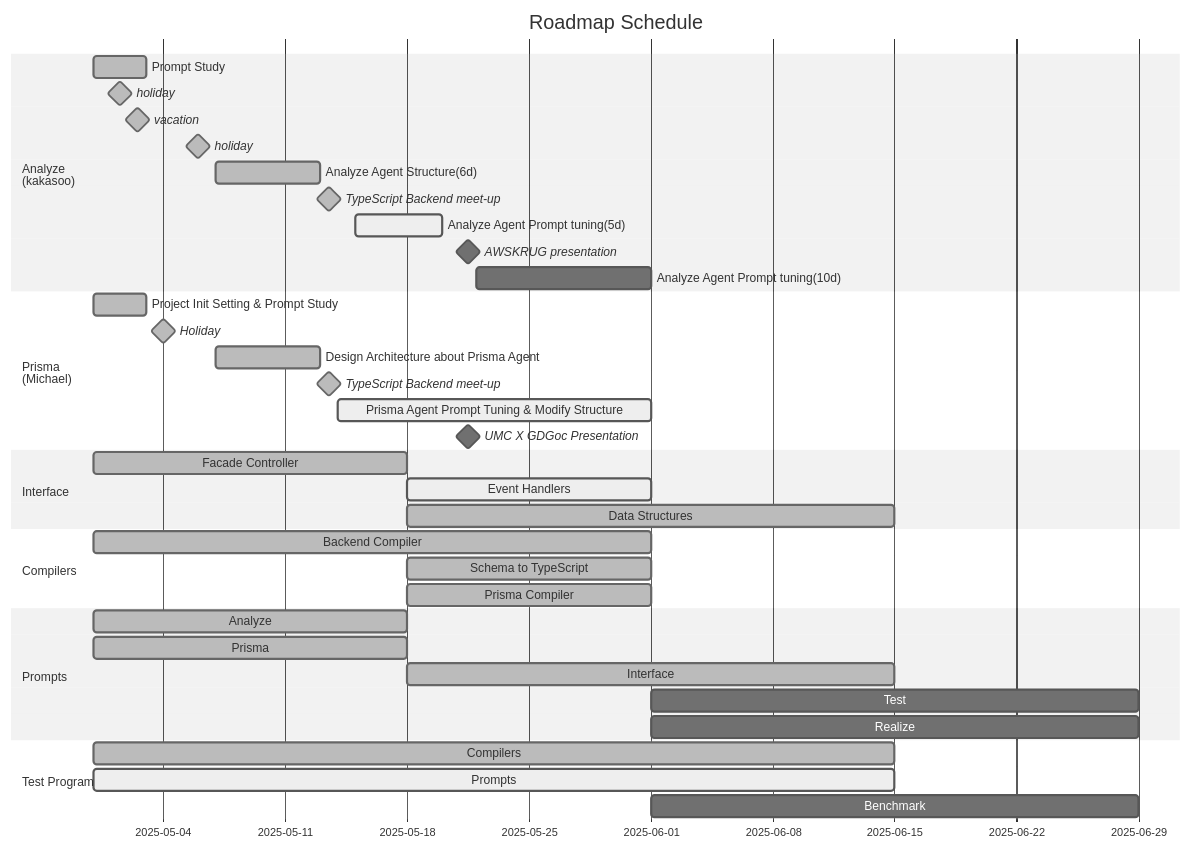
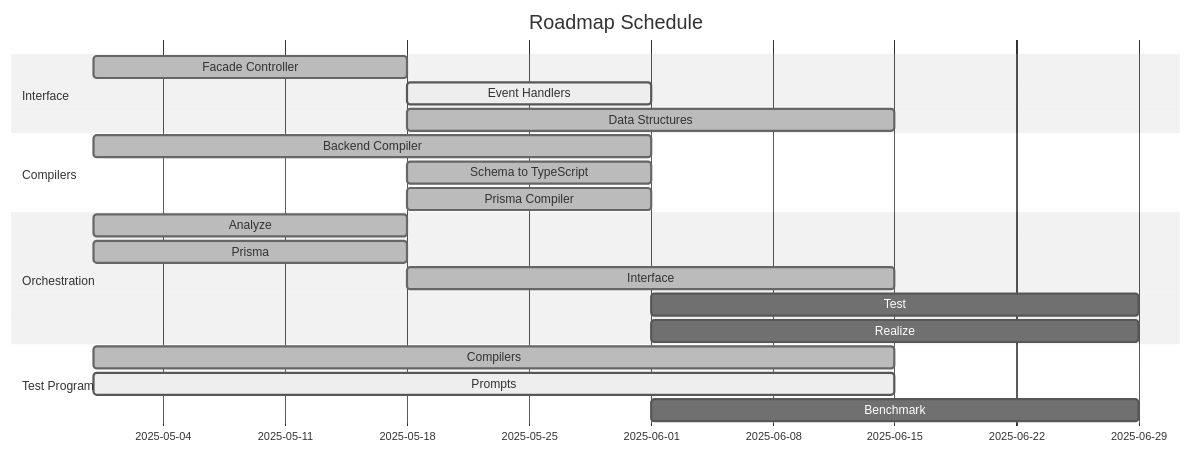
Before and after one commit to wrtnlabs/autobe: the third of 3 diagrams in README.md, drawn with Mermaid (neutral theme).

Commit message:
Detailing on gantt chart

````diff
--- a/README.md
+++ b/README.md
@@ -406,47 +406,27 @@
 ```mermaid
 gantt
   dateFormat YYYY-MM-DD
   title Roadmap Schedule
 
-  section Analyze<br>(kakasoo)
-  Prompt Study: done, 2025-04-30, 3d
-  holiday: milestone, done, 2025-05-01, 1d
-  vacation: milestone, done, 2025-05-02, 1d
-  holiday: milestone, done, 2025-05-05, 2d
-  Analyze Agent Structure(6d): done, 2025-05-07, 6d
-  TypeScript Backend meet-up: milestone, done, 2025-05-13, 1d
-  Analyze Agent Prompt tuning(5d): active, 2025-05-15, 5d
-  AWSKRUG presentation: milestone, 2025-05-21, 1d
-  Analyze Agent Prompt tuning(10d):, 2025-05-22, 10d
-
-  section Prisma<br>(Michael)
-  Project Init Setting & Prompt Study: done, 2025-04-30, 3d
-  Holiday: milestone, done, 2025-05-01, 6d
-  Design Architecture about Prisma Agent: done, 2025-05-07, 6d
-  TypeScript Backend meet-up: milestone, done, 2025-05-13, 1d
-  Prisma Agent Prompt Tuning & Modify Structure: active, 2025-05-14, 18d
-  UMC X GDGoc Presentation: milestone, 2025-05-21, 1d
-
-  
   section Interface
   Facade Controller: done,   2025-04-30, 18d
   Event Handlers:    active, 2025-05-18, 14d
   Data Structures:   done,   2025-05-18, 28d
 
   section Compilers
   Backend Compiler:     done, 2025-04-30, 32d
   Schema to TypeScript: done, 2025-05-18, 14d
   Prisma Compiler:      done, 2025-05-18, 14d
 
-  section Prompts
-  Analyze  : done, 2025-04-30, 18d
-  Prisma   : done, 2025-04-30, 18d
-  Interface: done, 2025-05-18, 28d
-  Test     :       2025-06-01, 28d
-  Realize  :       2025-06-01, 28d
+  section Orchestration
+  Analyze  : done,    2025-04-30, 18d
+  Prisma   : done,    2025-04-30, 18d
+  Interface: done,    2025-05-18, 28d
+  Test     : planned, 2025-06-01, 28d
+  Realize  : planned, 2025-06-01, 28d
 
   section Test Program
-  Compilers: done,   2025-04-30, 46d
-  Prompts:   active, 2025-04-30, 46d
-  Benchmark:         2025-06-01, 28d
+  Compilers: done,    2025-04-30, 46d
+  Prompts:   active,  2025-04-30, 46d
+  Benchmark: planned, 2025-06-01, 28d
 ```
````
